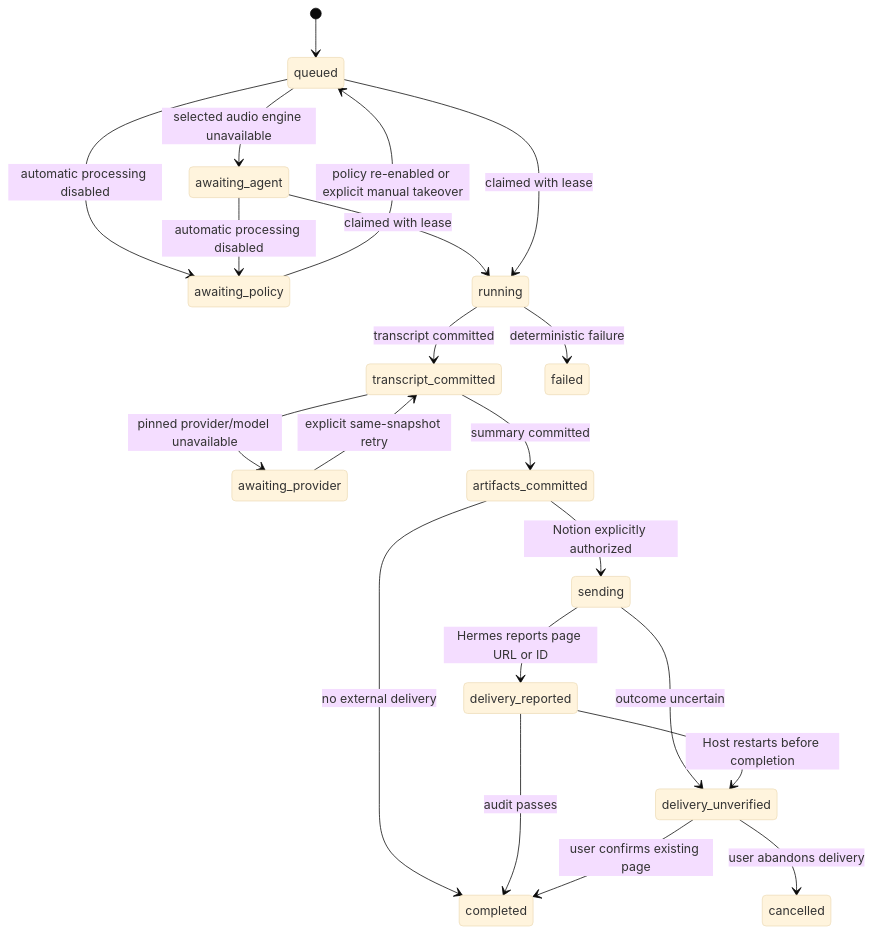
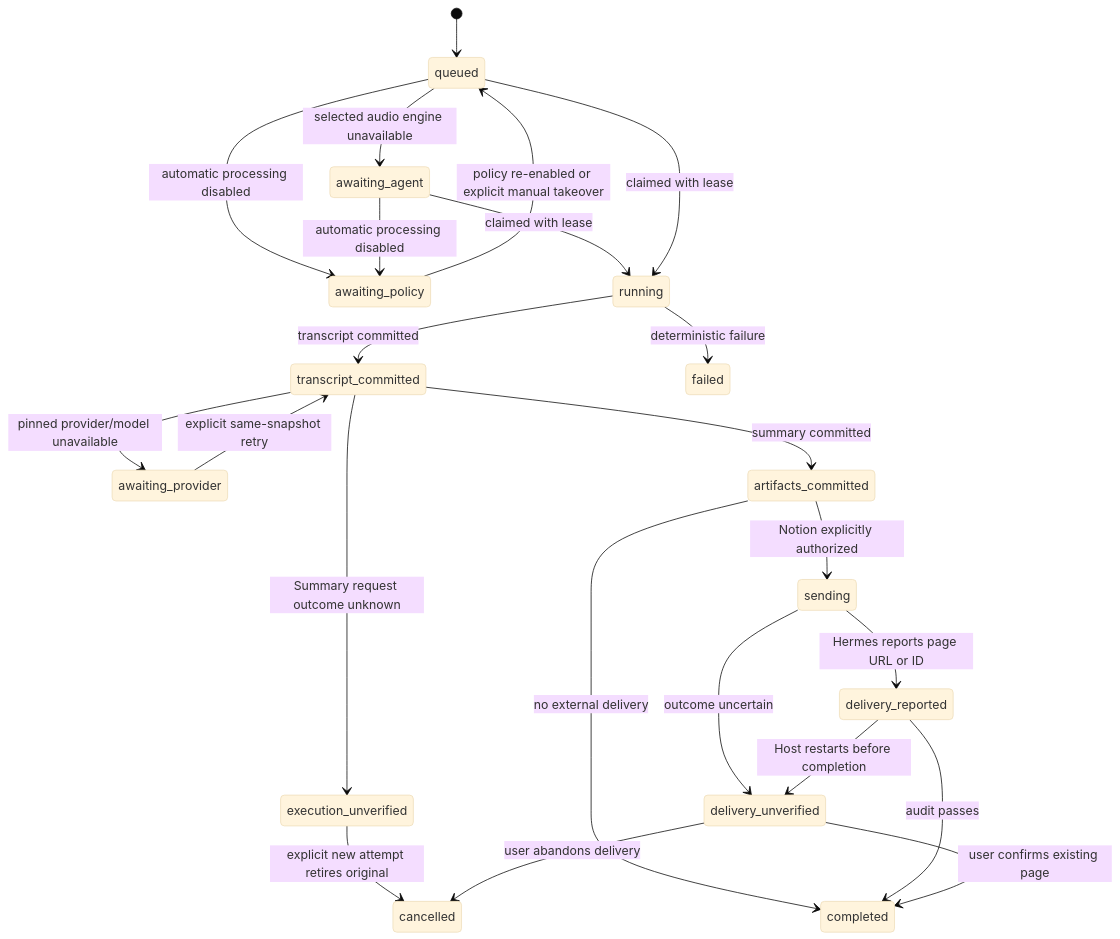
Before and after one commit to Nowhitestar/Yulu: the second of 2 diagrams in docs/ARCHITECTURE.md, drawn with Mermaid (base theme). The commit also changed other lines of this file and 33 other files, not shown here.

````diff
--- a/docs/ARCHITECTURE.md
+++ b/docs/ARCHITECTURE.md
@@ -120,23 +121,25 @@
 ```mermaid
 stateDiagram-v2
     [*] --> queued
     queued --> awaiting_policy: automatic processing disabled
     awaiting_agent --> awaiting_policy: automatic processing disabled
     awaiting_policy --> queued: policy re-enabled or explicit manual takeover
     queued --> awaiting_agent: selected audio engine unavailable
     awaiting_agent --> running: claimed with lease
     queued --> running: claimed with lease
     running --> transcript_committed: transcript committed
     transcript_committed --> awaiting_provider: pinned provider/model unavailable
     awaiting_provider --> transcript_committed: explicit same-snapshot retry
+    transcript_committed --> execution_unverified: Summary request outcome unknown
+    execution_unverified --> cancelled: explicit new attempt retires original
     transcript_committed --> artifacts_committed: summary committed
     artifacts_committed --> completed: no external delivery
     artifacts_committed --> sending: Notion explicitly authorized
     sending --> delivery_reported: Hermes reports page URL or ID
     delivery_reported --> completed: audit passes
     running --> failed: deterministic failure
     sending --> delivery_unverified: outcome uncertain
     delivery_reported --> delivery_unverified: Host restarts before completion
     delivery_unverified --> completed: user confirms existing page
     delivery_unverified --> cancelled: user abandons delivery
 ```
````
